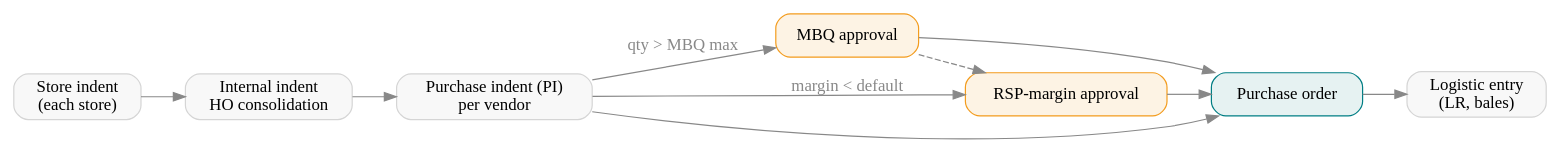
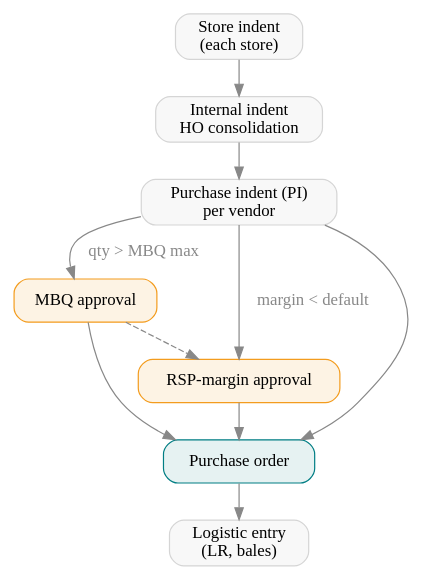
One commit to metalogicdigital/erp-docs changed the diagram in content/case_studies/retail/procurement.rst. Above: the diagram before and after it, drawn with Graphviz. The commit also changed 8 other files, not shown here.

Commit message:
Make diagrams readable: sans-serif labels, wrap long flows into rows

```diff
--- a/content/case_studies/retail/procurement.rst
+++ b/content/case_studies/retail/procurement.rst
@@ -9,21 +9,21 @@
 .. graphviz::
    :caption: From store demand to purchase order
 
    digraph p {
-      rankdir=LR;
+      rankdir=TB; nodesep=0.4; ranksep=0.4;
       node [shape=box, style="rounded,filled", fillcolor="#F8F8F8", color="#D5D5D5"];
       edge [color="#888888"];
       si [label="Store indent\n(each store)"];
       ii [label="Internal indent\nHO consolidation"];
       pi [label="Purchase indent (PI)\nper vendor"];
       mbq [label="MBQ approval", fillcolor="#fdf3e4", color="#f39c1e"];
       mg [label="RSP-margin approval", fillcolor="#fdf3e4", color="#f39c1e"];
       po [label="Purchase order", fillcolor="#e6f2f2", color="#017e84"];
       lg [label="Logistic entry\n(LR, bales)"];
       si -> ii -> pi;
       pi -> mbq [label="qty > MBQ max", fontcolor="#888888"];
       pi -> mg [label="margin < default", fontcolor="#888888"];
       mbq -> mg [style=dashed];
       pi -> po; mbq -> po; mg -> po;
       po -> lg;
    }
```
